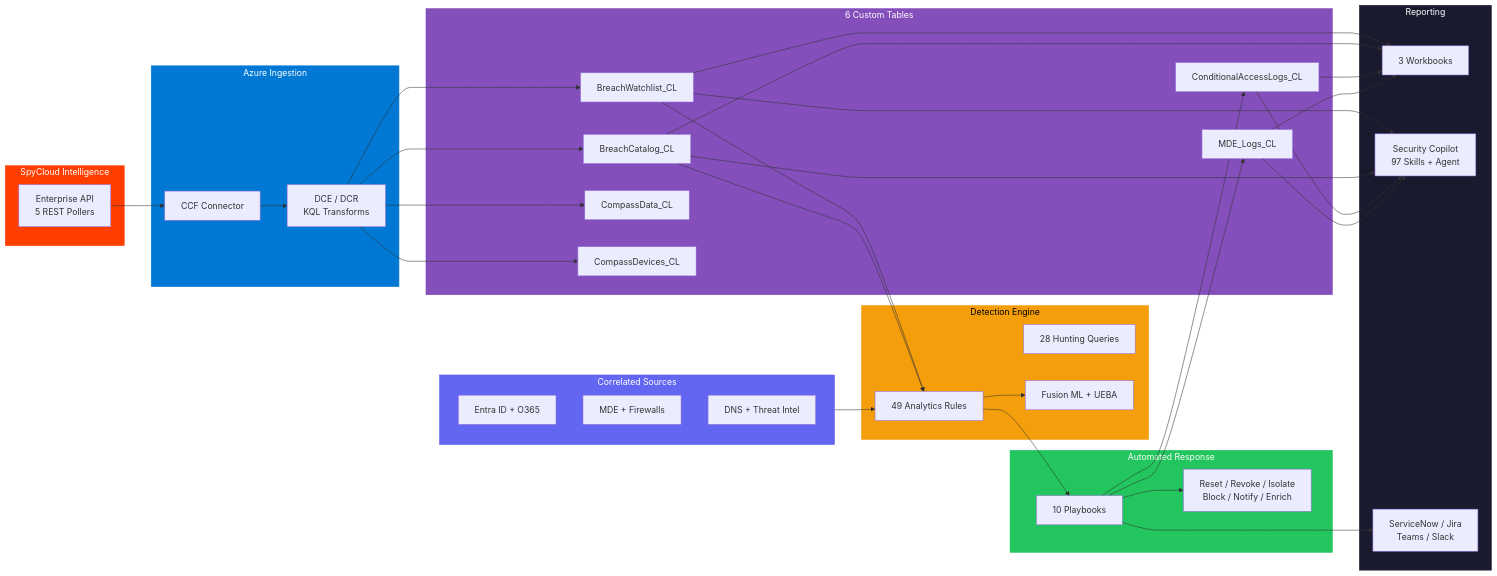
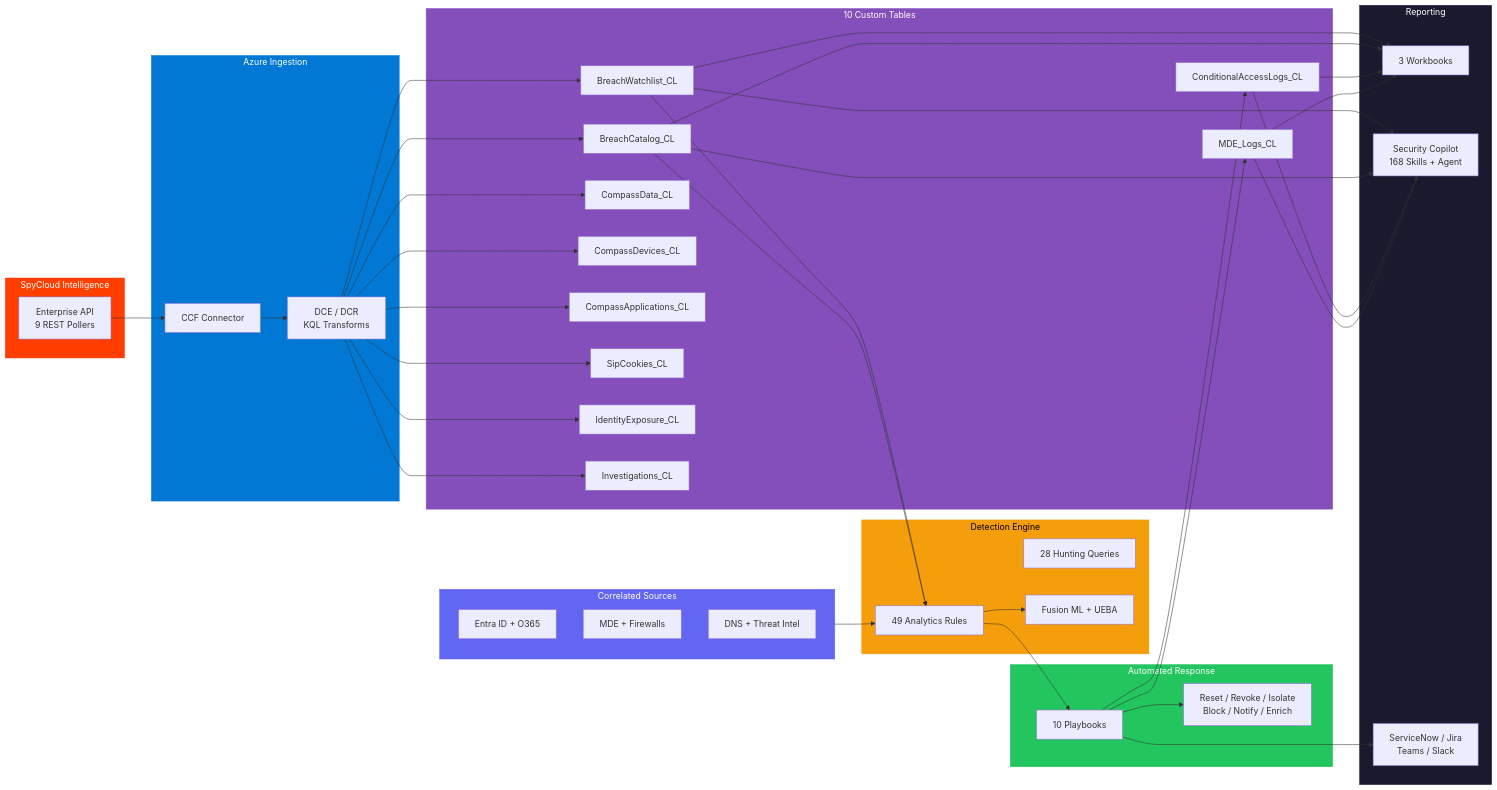
Before and after one commit to iammrherb/SPYCLOUD-SENTINEL: the diagram in README.md, drawn with Mermaid. The commit also changed other lines of this file and 12 other files, not shown here.

````diff
--- a/README.md
+++ b/README.md
@@ -102,60 +105,64 @@
 ```mermaid
 graph LR
     subgraph SRC["SpyCloud Intelligence"]
-        API["Enterprise API<br/>5 REST Pollers"]
+        API["Enterprise API<br/>9 REST Pollers"]
     end
 
     subgraph INGEST["Azure Ingestion"]
         CCF["CCF Connector"]
         DCR["DCE / DCR<br/>KQL Transforms"]
     end
 
-    subgraph TABLES["6 Custom Tables"]
+    subgraph TABLES["10 Custom Tables"]
         T1["BreachWatchlist_CL"]
         T2["BreachCatalog_CL"]
         T3["CompassData_CL"]
         T4["CompassDevices_CL"]
-        T5["ConditionalAccessLogs_CL"]
-        T6["MDE_Logs_CL"]
+        T5["CompassApplications_CL"]
+        T6["SipCookies_CL"]
+        T7["IdentityExposure_CL"]
+        T8["Investigations_CL"]
+        T9["ConditionalAccessLogs_CL"]
+        T10["MDE_Logs_CL"]
     end
 
     subgraph DETECT["Detection Engine"]
         AR["49 Analytics Rules"]
         HQ["28 Hunting Queries"]
         ML["Fusion ML + UEBA"]
     end
 
     subgraph CORRELATE["Correlated Sources"]
         SIG["Entra ID + O365"]
         SEC["MDE + Firewalls"]
         NET["DNS + Threat Intel"]
     end
 
     subgraph RESPOND["Automated Response"]
         PB["10 Playbooks"]
         REM["Reset / Revoke / Isolate<br/>Block / Notify / Enrich"]
     end
 
     subgraph REPORT["Reporting"]
         WB["3 Workbooks"]
-        CP["Security Copilot<br/>97 Skills + Agent"]
+        CP["Security Copilot<br/>168 Skills + Agent"]
         TK["ServiceNow / Jira<br/>Teams / Slack"]
     end
 
-    API --> CCF --> DCR --> T1 & T2 & T3 & T4
+    API --> CCF --> DCR --> T1 & T2 & T3 & T4 & T5 & T6 & T7 & T8
     T1 & T2 --> AR
     CORRELATE --> AR
     AR --> ML
     AR --> PB --> REM
-    PB --> T5 & T6
-    T1 & T2 & T5 & T6 --> WB & CP
+    PB --> T9 & T10
+    T1 & T2 & T9 & T10 --> WB & CP
     PB --> TK
 
     style SRC fill:#FF3E00,stroke:#FF3E00,color:#fff
     style INGEST fill:#0078D4,stroke:#0078D4,color:#fff
     style TABLES fill:#844FBA,stroke:#844FBA,color:#fff
     style DETECT fill:#F59E0B,stroke:#F59E0B,color:#000
     style CORRELATE fill:#6366F1,stroke:#6366F1,color:#fff
     style RESPOND fill:#22C55E,stroke:#22C55E,color:#fff
     style REPORT fill:#1a1a2e,stroke:#1a1a2e,color:#fff
 ```
````
